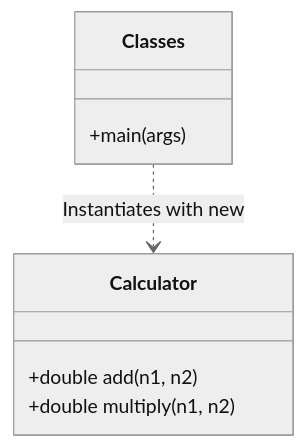
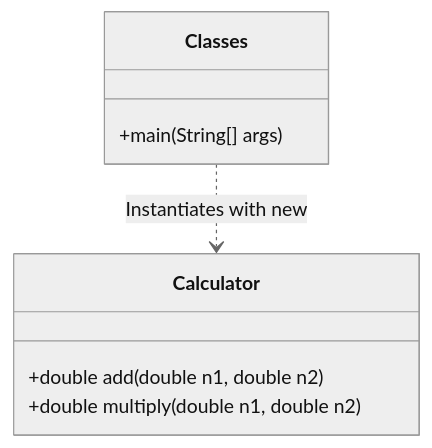
One commit to Mokshagnatej/Java-course changed the second of 5 diagrams in src/oop/README.md. Above: the diagram before and after it, drawn with Mermaid (neutral theme). The commit also changed other lines of this file and 15 other files, not shown here.

````diff
--- a/src/oop/README.md
+++ b/src/oop/README.md
@@ -18,11 +71,11 @@
 ```mermaid
 classDiagram
     class Calculator {
-        +double add(n1, n2)
-        +double multiply(n1, n2)
+        +double add(double n1, double n2)
+        +double multiply(double n1, double n2)
     }
     class Classes {
-        +main(args)
+        +main(String[] args)
     }
     Classes ..> Calculator : Instantiates with new
 ```
````
